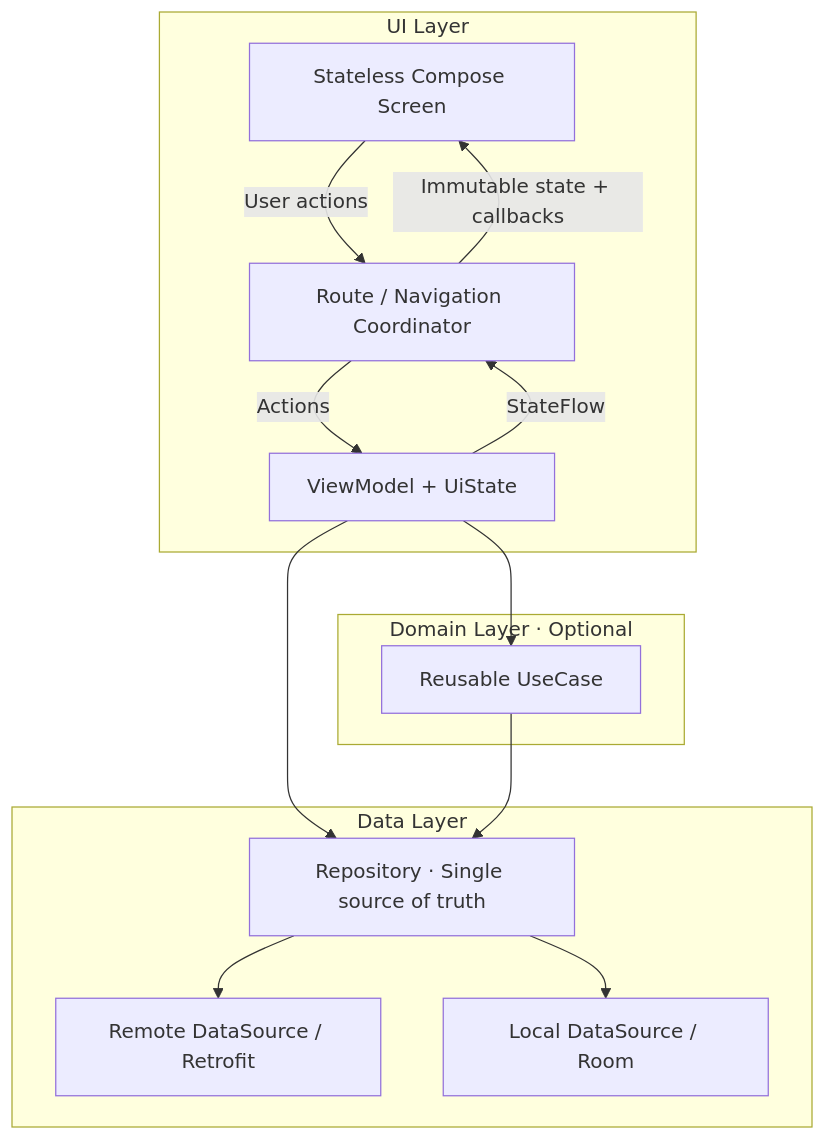
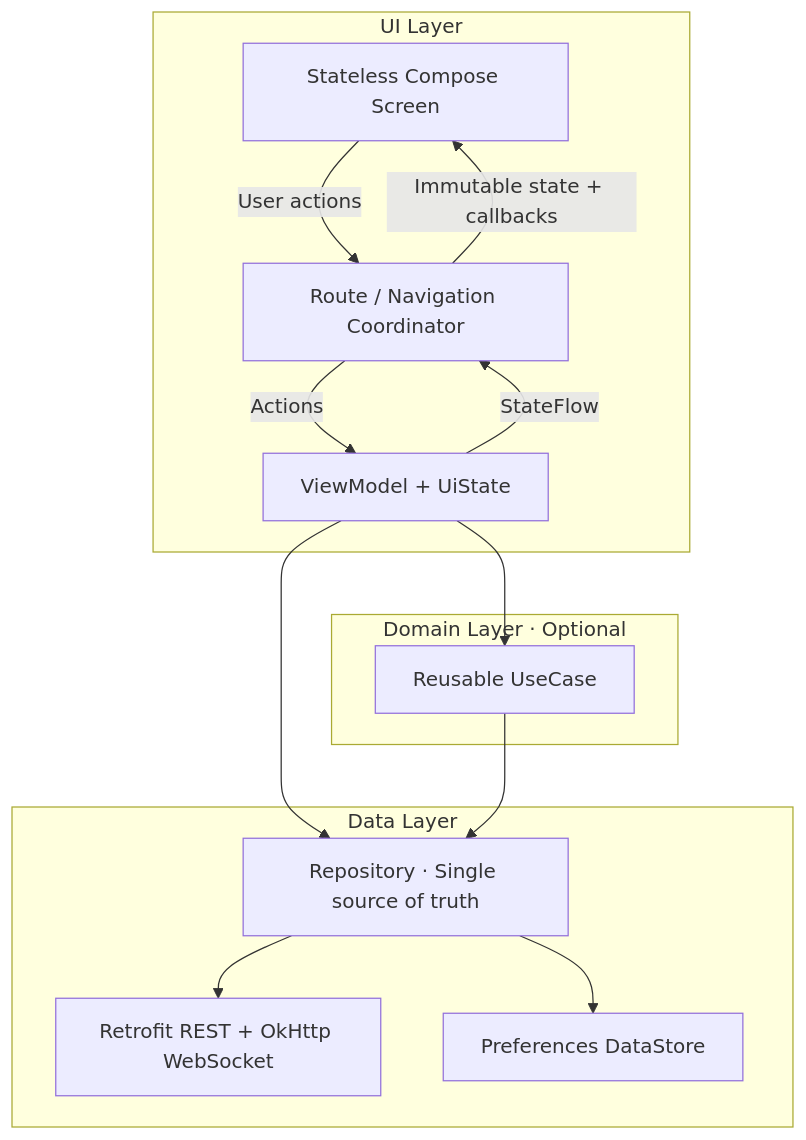
Before and after one commit to Akiha678/XinChat: the diagram in README.md, drawn with Mermaid. The commit also changed other lines of this file and 225 other files, not shown here.

````diff
--- a/README.md
+++ b/README.md
@@ -80,28 +82,28 @@
 ```mermaid
 flowchart TB
     subgraph UI["UI Layer"]
         Screen["Stateless Compose Screen"]
         Route["Route / Navigation Coordinator"]
         VM["ViewModel + UiState"]
         Screen -->|"User actions"| Route
         Route -->|"Actions"| VM
         VM -->|"StateFlow"| Route
         Route -->|"Immutable state + callbacks"| Screen
     end
 
     subgraph Domain["Domain Layer · Optional"]
         UseCase["Reusable UseCase"]
     end
 
     subgraph Data["Data Layer"]
         Repository["Repository · Single source of truth"]
-        Remote["Remote DataSource / Retrofit"]
-        Local["Local DataSource / Room"]
+        Remote["Retrofit REST + OkHttp WebSocket"]
+        Session["Preferences DataStore"]
         Repository --> Remote
-        Repository --> Local
+        Repository --> Session
     end
 
     VM --> UseCase
     VM --> Repository
     UseCase --> Repository
 ```
````
